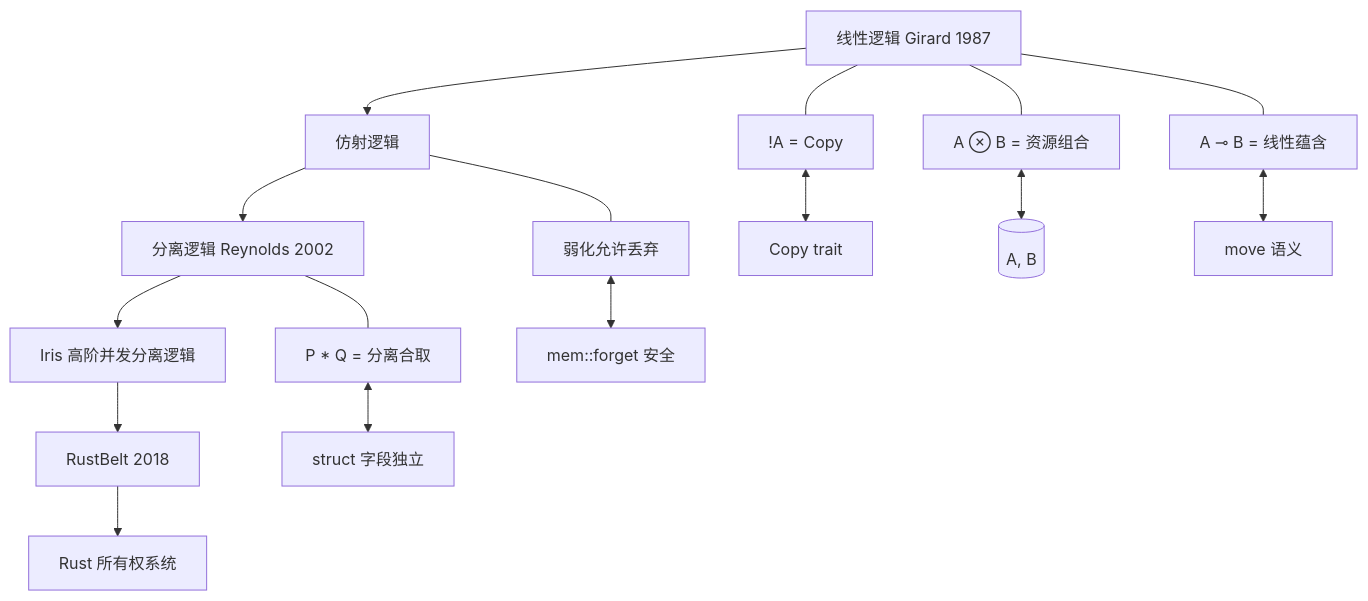
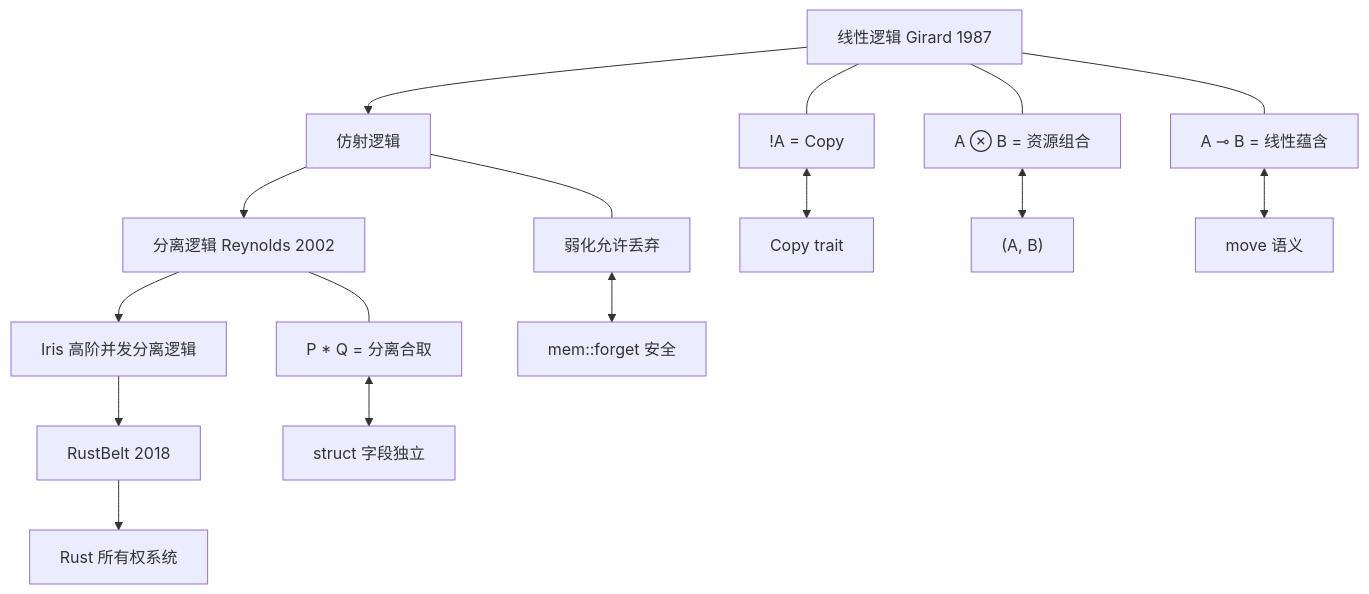
Before and after one commit to martin-ly/rust-lang: the third of 7 diagrams in concept/00_meta/expressiveness_multiview.md, drawn with Mermaid. The commit also changed 97 other files, not shown here.

````diff
--- a/concept/00_meta/expressiveness_multiview.md
+++ b/concept/00_meta/expressiveness_multiview.md
@@ -355,14 +355,14 @@
 ```mermaid
 graph TD
     A[线性逻辑 Girard 1987] --> B[仿射逻辑]
     B --> C[分离逻辑 Reynolds 2002]
     C --> D[Iris 高阶并发分离逻辑]
     D --> E[RustBelt 2018]
     E --> F[Rust 所有权系统]
 
-    A --- A1[!A = Copy]<--> F1[Copy trait]
-    A --- A2[A ⊗ B = 资源组合]<--> F2[(A, B)]
+    A --- A1["!A = Copy"]<--> F1[Copy trait]
+    A --- A2[A ⊗ B = 资源组合]<--> F2["(A, B)"]
     A --- A3[A ⊸ B = 线性蕴含]<--> F3[move 语义]
     B --- B1[弱化允许丢弃]<--> F4[mem::forget 安全]
     C --- C1[P * Q = 分离合取]<--> F5[struct 字段独立]
 ```
````
